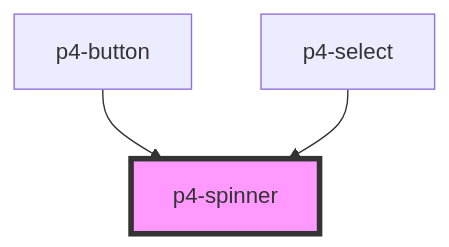
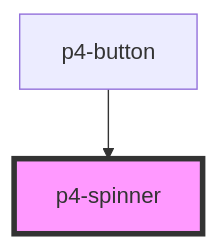
One commit to goatui/components changed the diagram in src/components/p4-spinner/readme.md. Above: the diagram before and after it, drawn with Mermaid. The commit also changed other lines of this file and 121 other files, not shown here.

````diff
--- a/src/components/p4-spinner/readme.md
+++ b/src/components/p4-spinner/readme.md
@@ -24,6 +22,5 @@
 ```mermaid
 graph TD;
   p4-button --> p4-spinner
-  p4-select --> p4-spinner
   style p4-spinner fill:#f9f,stroke:#333,stroke-width:4px
 ```
````
